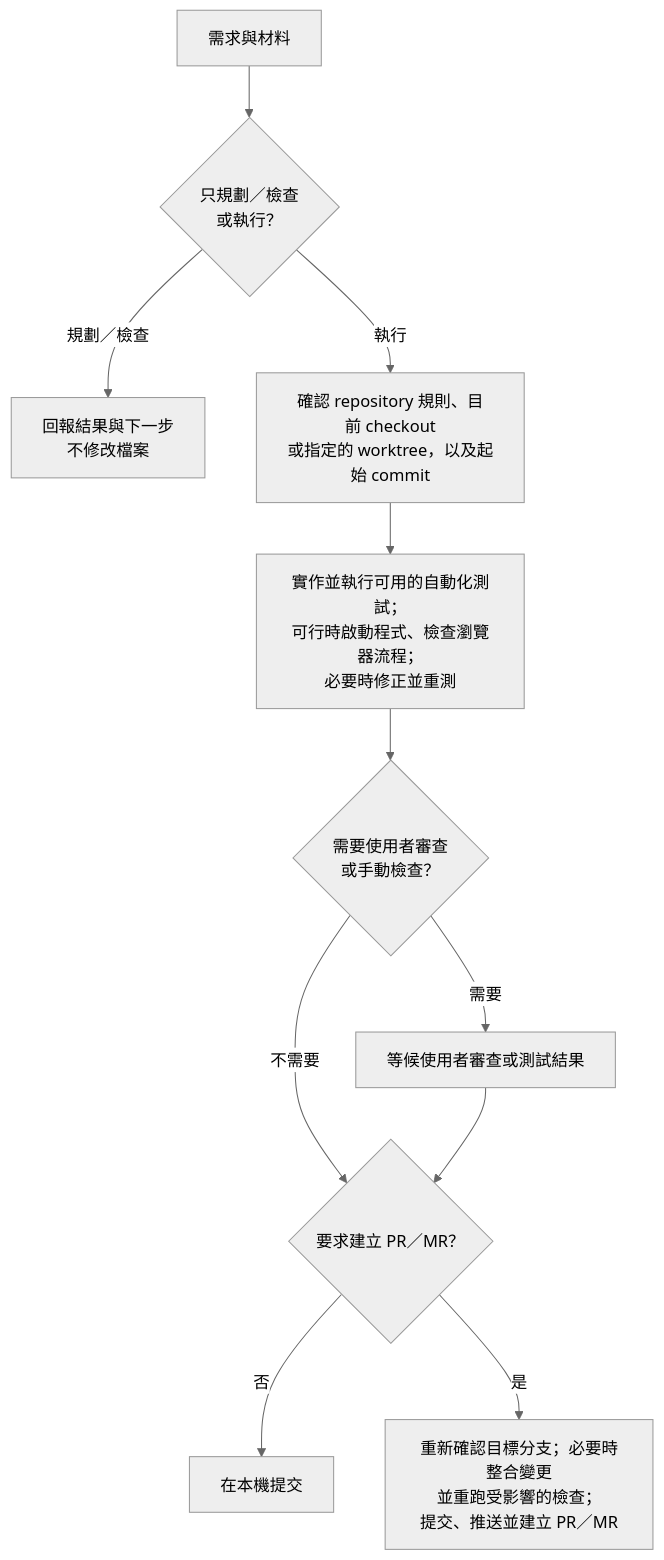
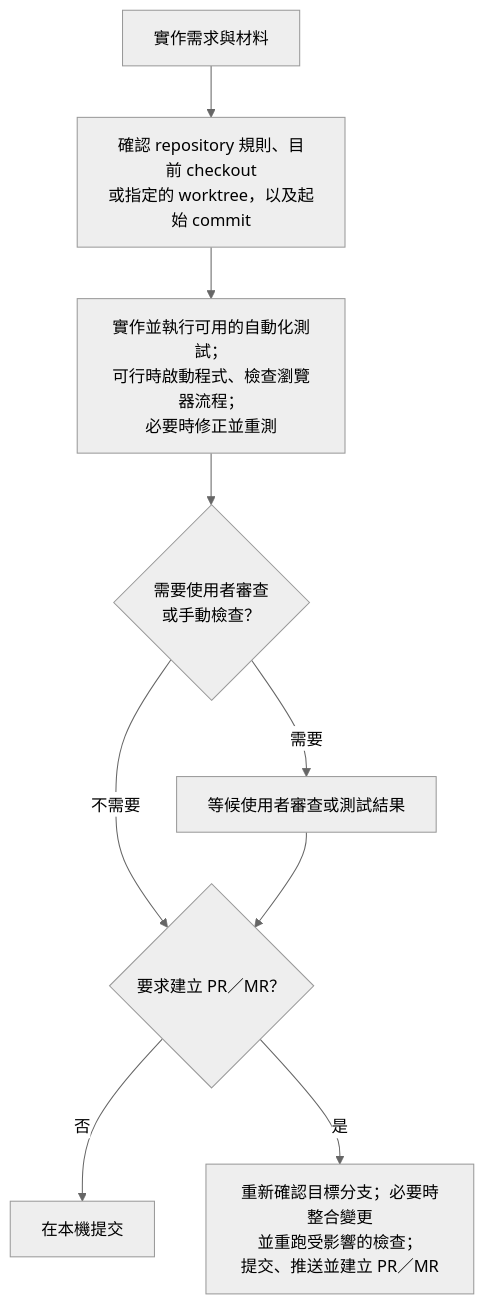
Before and after one commit to sherrilla71940/dotfiles: the second of 2 diagrams in README.zh-TW.md, drawn with Mermaid (neutral theme). The commit also changed other lines of this file and 4 other files, not shown here.

````diff
--- a/README.zh-TW.md
+++ b/README.zh-TW.md
@@ -51,13 +51,11 @@
 ```mermaid
 flowchart TB
-    request["需求與材料"] --> route{"只規劃／檢查<br/>或執行？"}
-    route -->|規劃／檢查| findings["回報結果與下一步<br/>不修改檔案"]
-    route -->|執行| workspace["確認 repository 規則、目前 checkout<br/>或指定的 worktree，以及起始 commit"]
+    request["實作需求與材料"] --> workspace["確認 repository 規則、目前 checkout<br/>或指定的 worktree，以及起始 commit"]
     workspace --> work["實作並執行可用的自動化測試；<br/>可行時啟動程式、檢查瀏覽器流程；<br/>必要時修正並重測"]
     work --> gate{"需要使用者審查<br/>或手動檢查？"}
     gate -->|需要| user["等候使用者審查或測試結果"]
     gate -->|不需要| delivery{"要求建立 PR／MR？"}
     user --> delivery
     delivery -->|否| local["在本機提交"]
     delivery -->|是| publish["重新確認目標分支；必要時整合變更<br/>並重跑受影響的檢查；<br/>提交、推送並建立 PR／MR"]
 ```
````
